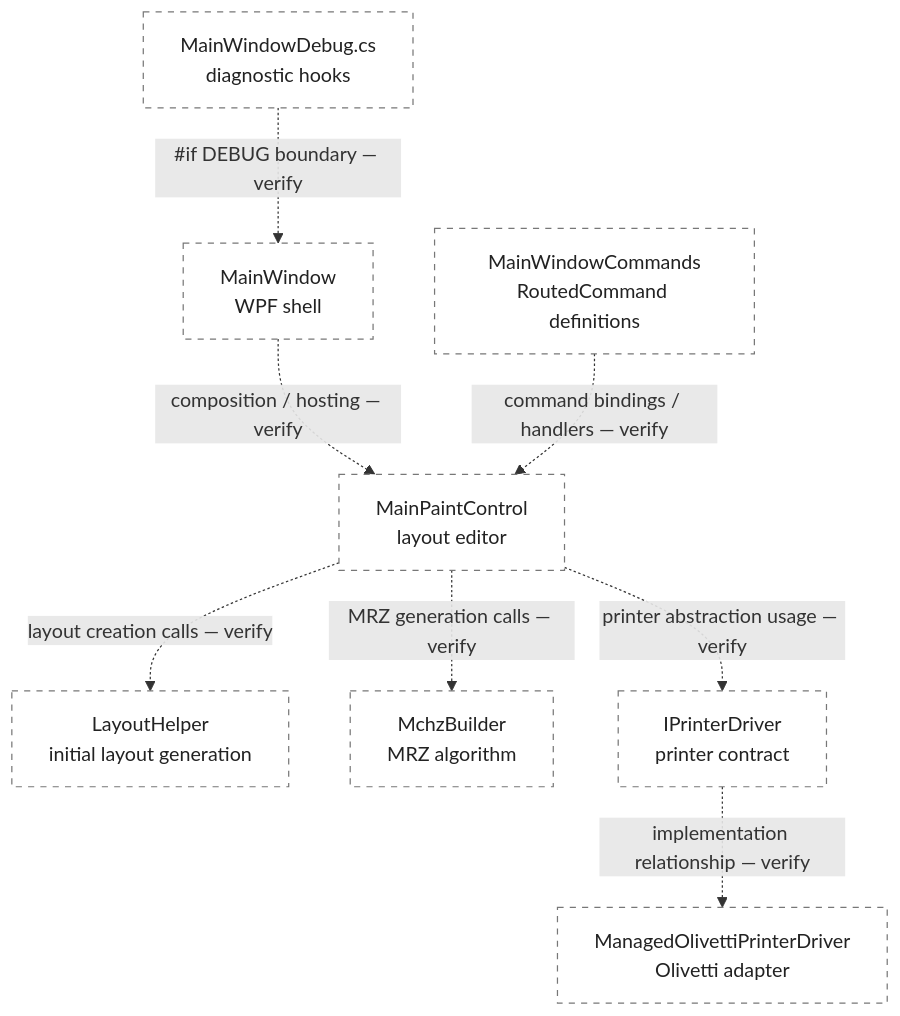
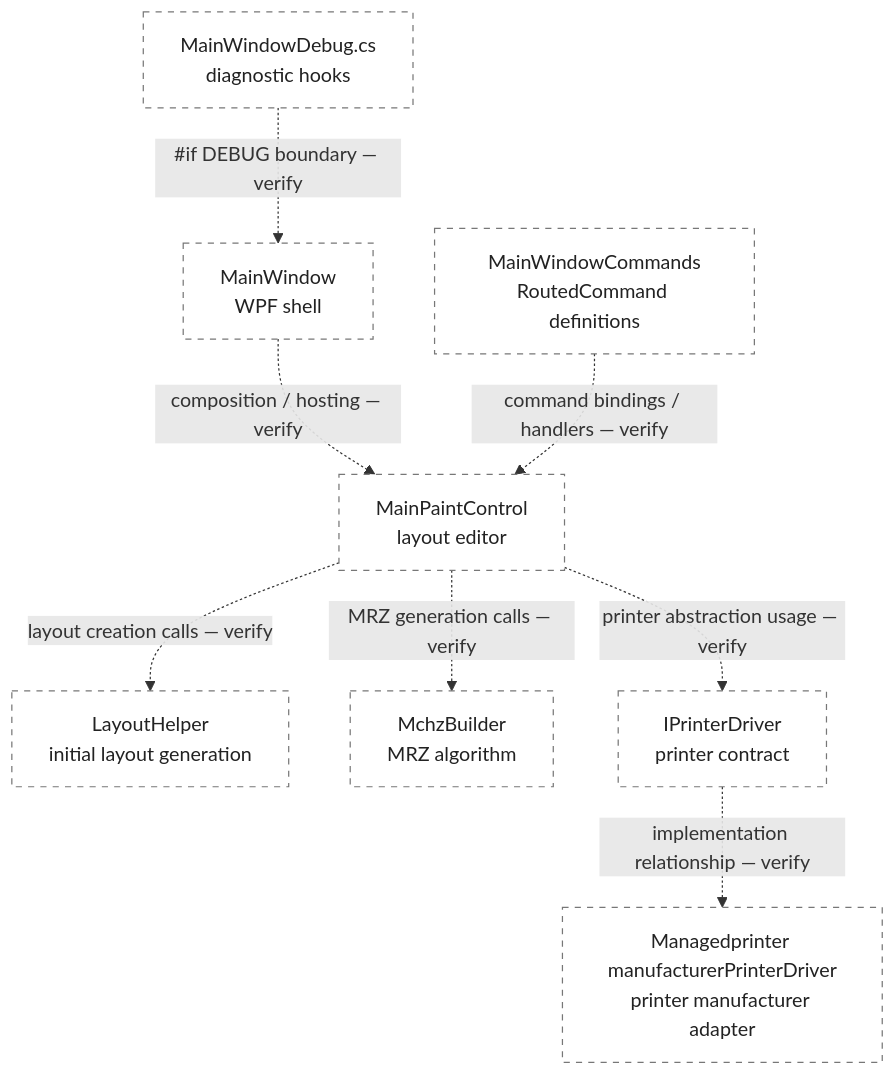
Before and after one commit to ekatmoz88-alt/territory-descriptor-unified: the diagram in materials/umms/docs/architecture/codebase-overview.md, drawn with Mermaid. The commit also changed other lines of this file and 13 other files, not shown here.

````diff
--- a/materials/umms/docs/architecture/codebase-overview.md
+++ b/materials/umms/docs/architecture/codebase-overview.md
@@ -33,13 +33,13 @@
 ```mermaid
 flowchart TB
     MW["MainWindow<br/>WPF shell"] -. "composition / hosting — verify" .-> MPC["MainPaintControl<br/>layout editor"]
     CMD["MainWindowCommands<br/>RoutedCommand definitions"] -. "command bindings / handlers — verify" .-> MPC
     MPC -. "layout creation calls — verify" .-> LH["LayoutHelper<br/>initial layout generation"]
     MPC -. "MRZ generation calls — verify" .-> MB["MchzBuilder<br/>MRZ algorithm"]
     MPC -. "printer abstraction usage — verify" .-> IF["IPrinterDriver<br/>printer contract"]
-    IF -. "implementation relationship — verify" .-> OL["ManagedOlivettiPrinterDriver<br/>Olivetti adapter"]
+    IF -. "implementation relationship — verify" .-> OL["Managedprinter manufacturerPrinterDriver<br/>printer manufacturer adapter"]
     DBG["MainWindowDebug.cs<br/>diagnostic hooks"] -. "#if DEBUG boundary — verify" .-> MW
 
     classDef provisional fill:#fff,stroke:#777,stroke-dasharray: 5 5,color:#222;
     class MW,MPC,CMD,LH,MB,IF,OL,DBG provisional;
 ```
````
